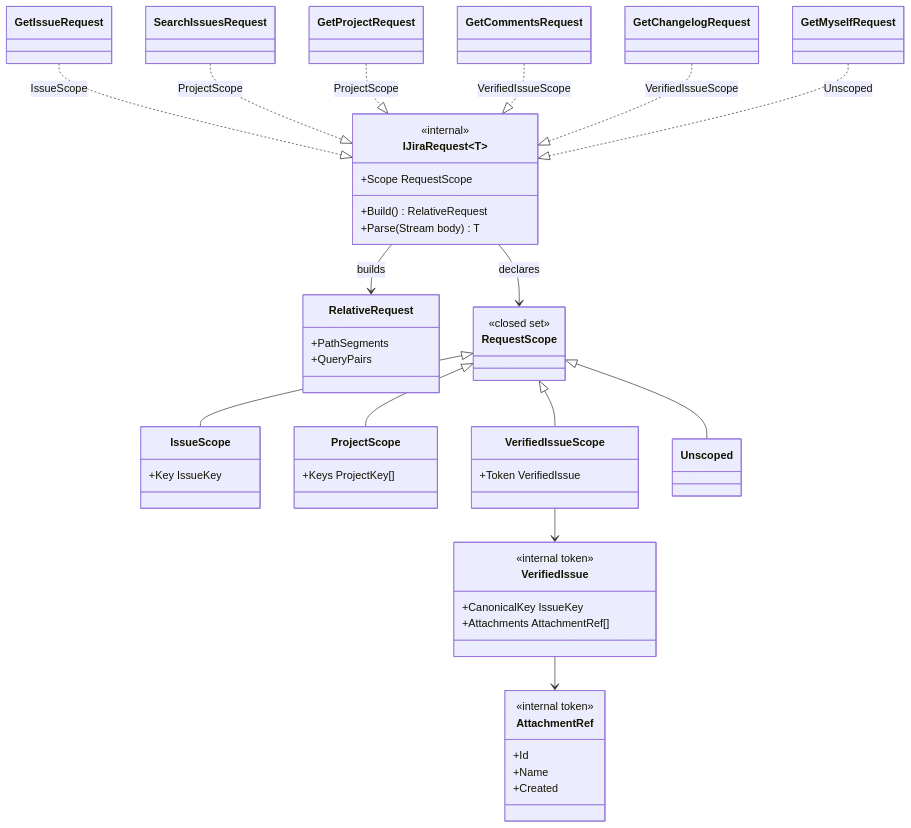
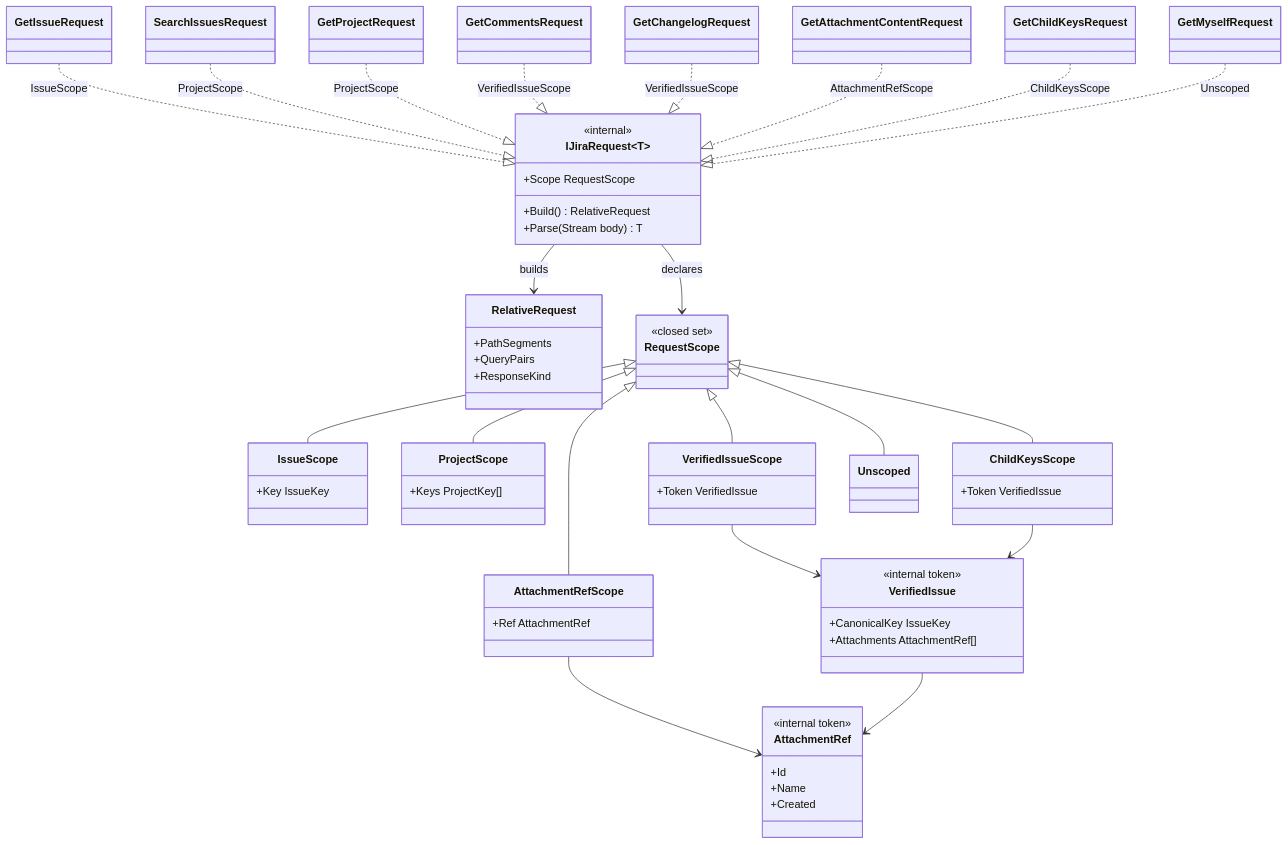
The fourth of 8 diagrams in _bmad-output/planning-artifacts/architecture/architecture-jira-cli-2026-11-01/architecture-explainer.md (mike-sugimoto/jira-cli), drawn with Mermaid before and after one commit. The commit also changed other lines of this file and 5 other files, not shown here.

First line of the commit message:
Update jira-cli architecture from department review

````diff
--- a/_bmad-output/planning-artifacts/architecture/architecture-jira-cli-2026-11-01/architecture-explainer.md
+++ b/_bmad-output/planning-artifacts/architecture/architecture-jira-cli-2026-11-01/architecture-explainer.md
@@ -124,57 +126,72 @@
 ```mermaid
 classDiagram
   class IJiraRequest~T~ {
     <<internal>>
     +Scope RequestScope
     +Build() RelativeRequest
     +Parse(Stream body) T
   }
   class RelativeRequest {
     +PathSegments
     +QueryPairs
+    +ResponseKind
   }
   class RequestScope {
     <<closed set>>
   }
   class IssueScope {
     +Key IssueKey
   }
   class ProjectScope {
     +Keys ProjectKey[]
   }
   class VerifiedIssueScope {
     +Token VerifiedIssue
   }
+  class AttachmentRefScope {
+    +Ref AttachmentRef
+  }
+  class ChildKeysScope {
+    +Token VerifiedIssue
+  }
   class Unscoped
   class GetIssueRequest
   class SearchIssuesRequest
   class GetCommentsRequest
   class GetChangelogRequest
   class GetProjectRequest
+  class GetAttachmentContentRequest
+  class GetChildKeysRequest
   class GetMyselfRequest
   class VerifiedIssue {
     <<internal token>>
     +CanonicalKey IssueKey
     +Attachments AttachmentRef[]
   }
   class AttachmentRef {
     <<internal token>>
     +Id
     +Name
     +Created
   }
   IJiraRequest~T~ --> RelativeRequest : builds
   IJiraRequest~T~ --> RequestScope : declares
   RequestScope <|-- IssueScope
   RequestScope <|-- ProjectScope
   RequestScope <|-- VerifiedIssueScope
+  RequestScope <|-- AttachmentRefScope
+  RequestScope <|-- ChildKeysScope
   RequestScope <|-- Unscoped
   VerifiedIssueScope --> VerifiedIssue
+  AttachmentRefScope --> AttachmentRef
+  ChildKeysScope --> VerifiedIssue
   VerifiedIssue --> AttachmentRef
   GetIssueRequest ..|> IJiraRequest~T~ : IssueScope
   SearchIssuesRequest ..|> IJiraRequest~T~ : ProjectScope
   GetProjectRequest ..|> IJiraRequest~T~ : ProjectScope
   GetCommentsRequest ..|> IJiraRequest~T~ : VerifiedIssueScope
   GetChangelogRequest ..|> IJiraRequest~T~ : VerifiedIssueScope
+  GetAttachmentContentRequest ..|> IJiraRequest~T~ : AttachmentRefScope
+  GetChildKeysRequest ..|> IJiraRequest~T~ : ChildKeysScope
   GetMyselfRequest ..|> IJiraRequest~T~ : Unscoped
 ```
````
